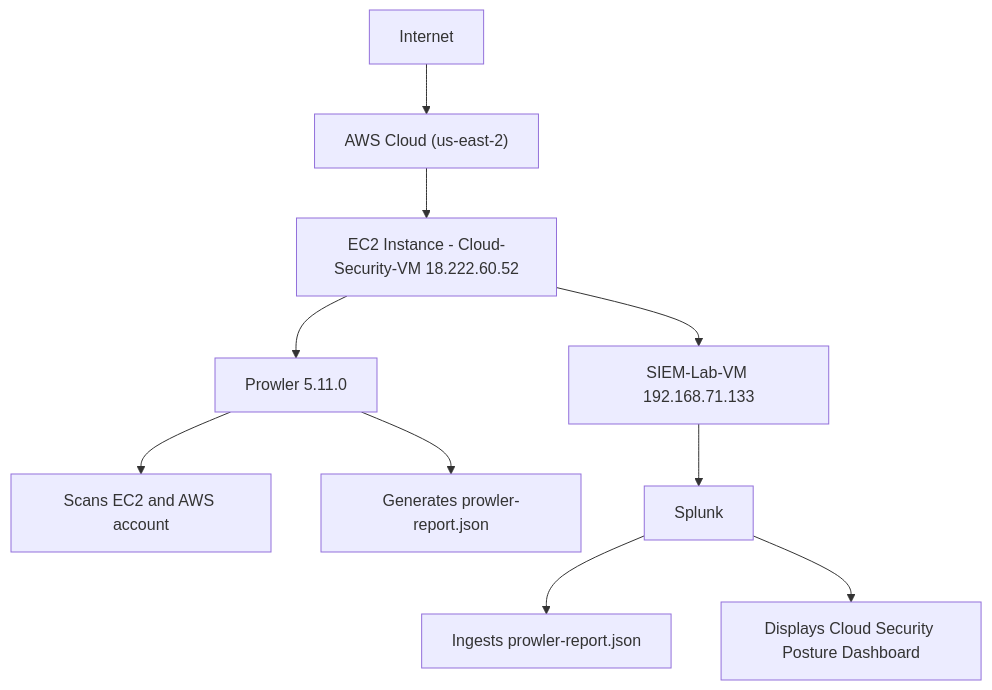
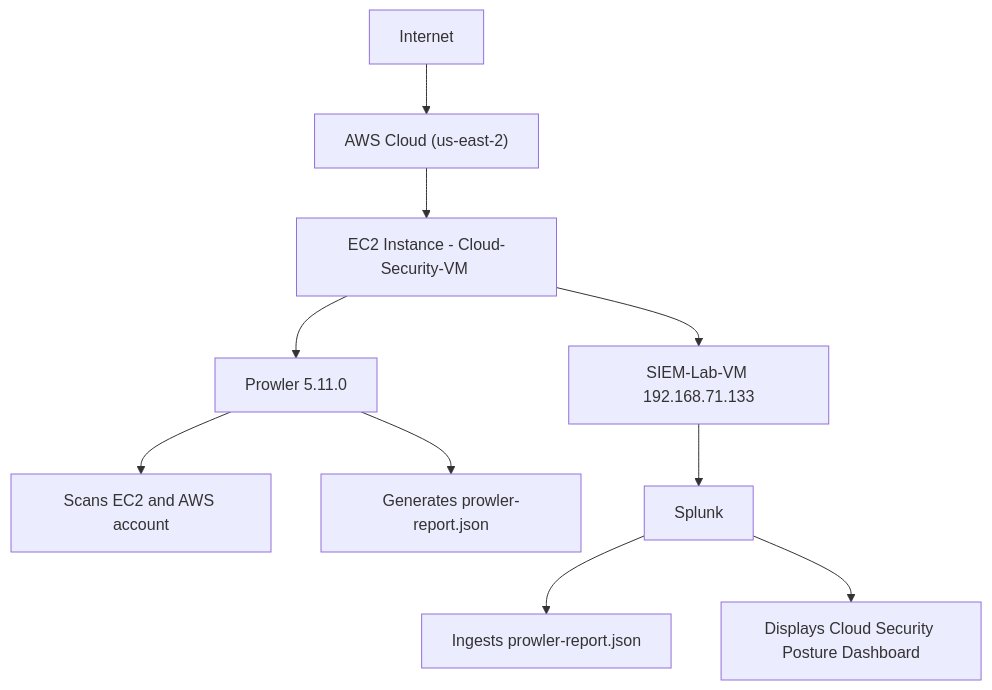
Before and after one commit to ymangt/Cloud-Security-Posture-Management-with-AWS-and-Splunk: the diagram in docs/architecture.md, drawn with Mermaid. The commit also changed other lines of this file, not shown here.

````diff
--- a/docs/architecture.md
+++ b/docs/architecture.md
@@ -30,12 +30,12 @@
 ```mermaid
 graph TD
     A["Internet"] --> B["AWS Cloud (us-east-2)"]
-    B --> C["EC2 Instance - Cloud-Security-VM 18.222.60.52"]
+    B --> C["EC2 Instance - Cloud-Security-VM <public-ip>"]
     C --> D["Prowler 5.11.0"]
     D --> E["Scans EC2 and AWS account"]
     D --> F["Generates prowler-report.json"]
     C --> G["SIEM-Lab-VM 192.168.71.133"]
     G --> H["Splunk"]
     H --> I["Ingests prowler-report.json"]
     H --> J["Displays Cloud Security Posture Dashboard"]
 ```
````
